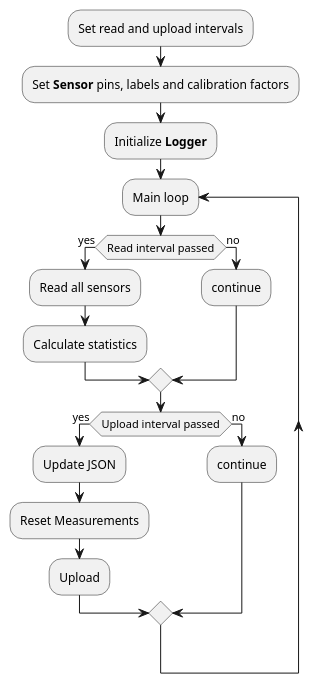
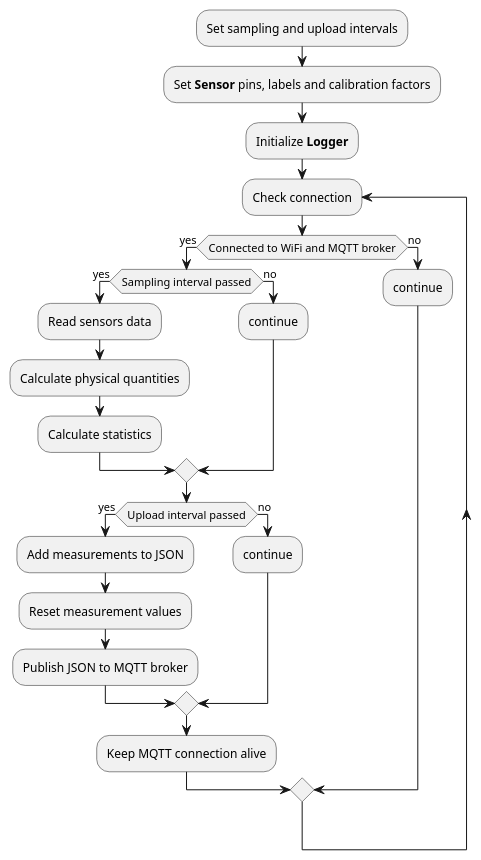
One commit to orestispanago/Solar-logger changed the diagram in flowchart.puml. Above: the diagram before and after it, drawn with PlantUML.

Commit message:
Added loop in flowchart

```diff
--- a/flowchart.puml
+++ b/flowchart.puml
@@ -1,29 +1,34 @@
 @startuml
 
 
-:Set read and upload intervals; 
+:Set sampling and upload intervals;
 
 :Set **Sensor** pins, labels and calibration factors;
 
 :Initialize **Logger**;
 
 
-repeat :Main loop;
+repeat :Check connection
+if (Connected to WiFi and MQTT broker) then (yes)
+    if (Sampling interval passed) then (yes)
+        :Read sensors data;
+        :Calculate physical quantities;
+        :Calculate statistics;
+    else (no)
+        :continue;
+    endif
 
-if (Read interval passed) then (yes)
-    :Read all sensors;
-    :Calculate statistics;
+    if (Upload interval passed) then (yes)
+        :Add measurements to JSON;
+        :Reset measurement values;
+        :Publish JSON to MQTT broker;
+    else (no)
+        :continue;
+    endif
+
+    :Keep MQTT connection alive;
 else (no)
     :continue;
 endif
 
-if (Upload interval passed) then (yes)
-    :Update JSON;
-    :Reset Measurements;
-    :Upload;
-else (no)
-    :continue;
-endif
-
-
 @enduml
```
